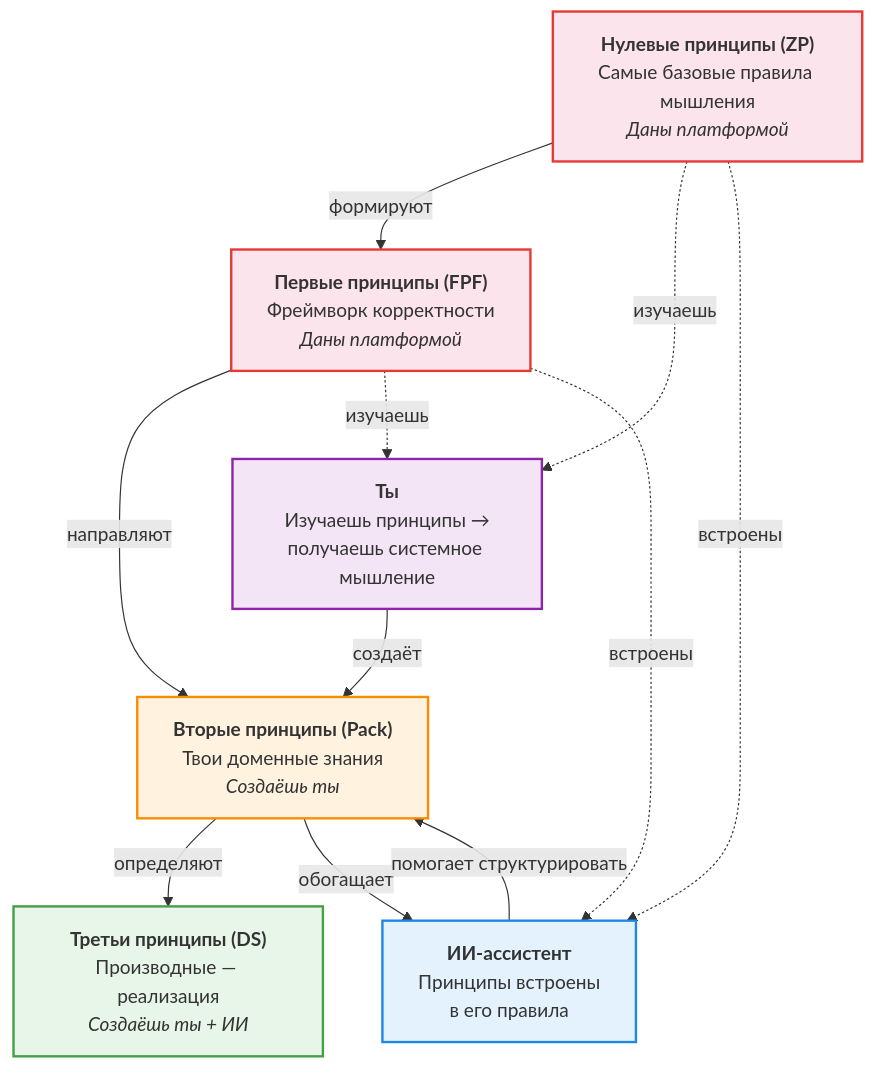
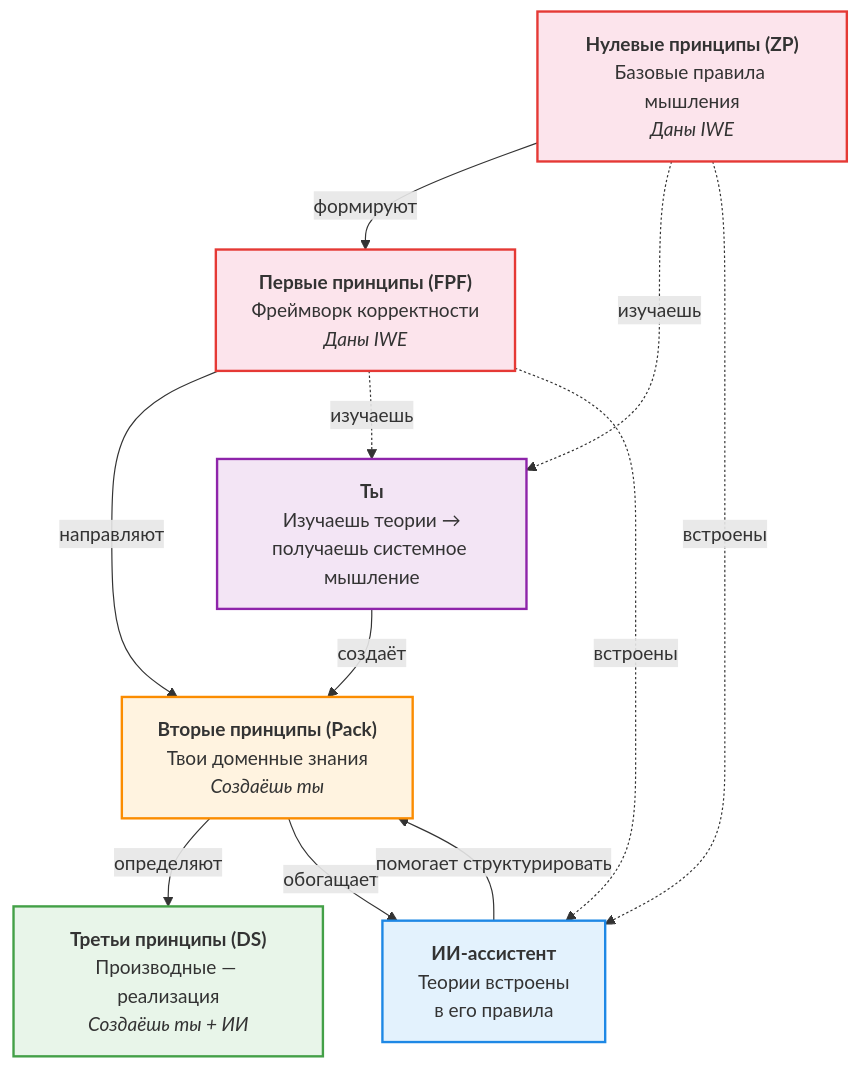
Before and after one commit to klimentjev/FMT-exocortex-template: the third of 3 diagrams in docs/onboarding/onboarding-guide.md, drawn with Mermaid. The commit also changed other lines of this file and 31 other files, not shown here.

````diff
--- a/docs/onboarding/onboarding-guide.md
+++ b/docs/onboarding/onboarding-guide.md
@@ -247,29 +292,29 @@
 ```mermaid
 graph TD
-    ZP["<b>Нулевые принципы (ZP)</b><br/>Самые базовые правила мышления<br/><i>Даны платформой</i>"]
-    FPF["<b>Первые принципы (FPF)</b><br/>Фреймворк корректности<br/><i>Даны платформой</i>"]
+    ZP["<b>Нулевые принципы (ZP)</b><br/>Базовые правила мышления<br/><i>Даны IWE</i>"]
+    FPF["<b>Первые принципы (FPF)</b><br/>Фреймворк корректности<br/><i>Даны IWE</i>"]
     PACK["<b>Вторые принципы (Pack)</b><br/>Твои доменные знания<br/><i>Создаёшь ты</i>"]
     DS["<b>Третьи принципы (DS)</b><br/>Производные — реализация<br/><i>Создаёшь ты + ИИ</i>"]
 
     ZP -->|"формируют"| FPF
     FPF -->|"направляют"| PACK
     PACK -->|"определяют"| DS
 
-    USER["<b>Ты</b><br/>Изучаешь принципы →<br/>получаешь системное мышление"]
-    AI["<b>ИИ-ассистент</b><br/>Принципы встроены<br/>в его правила"]
+    USER["<b>Ты</b><br/>Изучаешь теории →<br/>получаешь системное мышление"]
+    AI["<b>ИИ-ассистент</b><br/>Теории встроены<br/>в его правила"]
 
     ZP -.->|"изучаешь"| USER
     FPF -.->|"изучаешь"| USER
     ZP -.->|"встроены"| AI
     FPF -.->|"встроены"| AI
     USER -->|"создаёт"| PACK
     PACK -->|"обогащает"| AI
     AI -->|"помогает структурировать"| PACK
 
     style ZP fill:#fce4ec,stroke:#e53935,stroke-width:2px
     style FPF fill:#fce4ec,stroke:#e53935,stroke-width:2px
     style PACK fill:#fff3e0,stroke:#fb8c00,stroke-width:2px
     style DS fill:#e8f5e9,stroke:#43a047,stroke-width:2px
     style USER fill:#f3e5f5,stroke:#8e24aa,stroke-width:2px
     style AI fill:#e3f2fd,stroke:#1e88e5,stroke-width:2px
 ```
````
